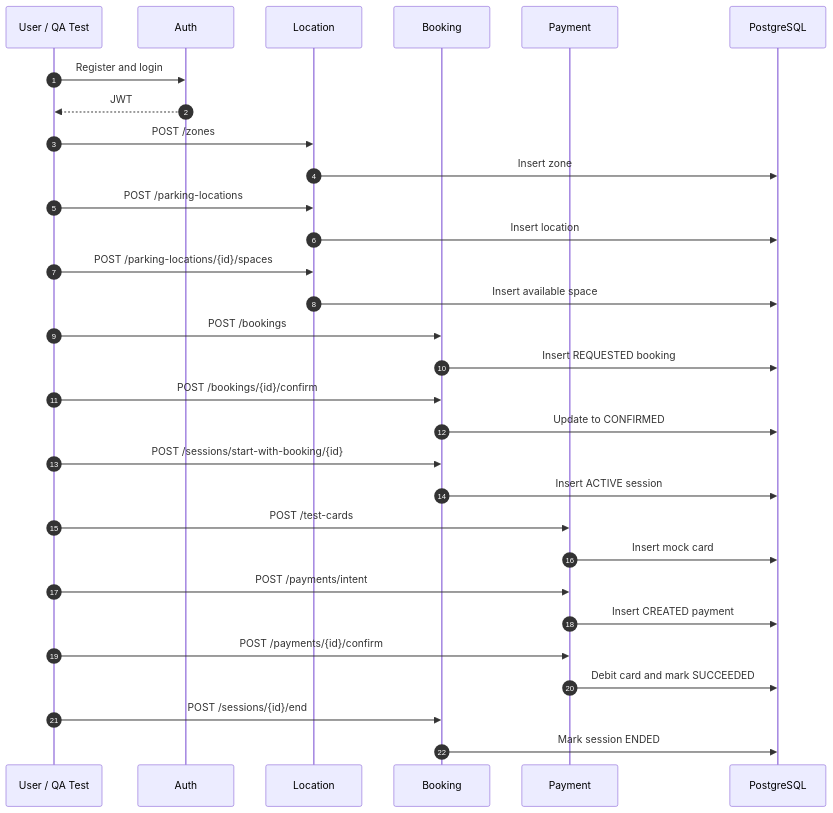
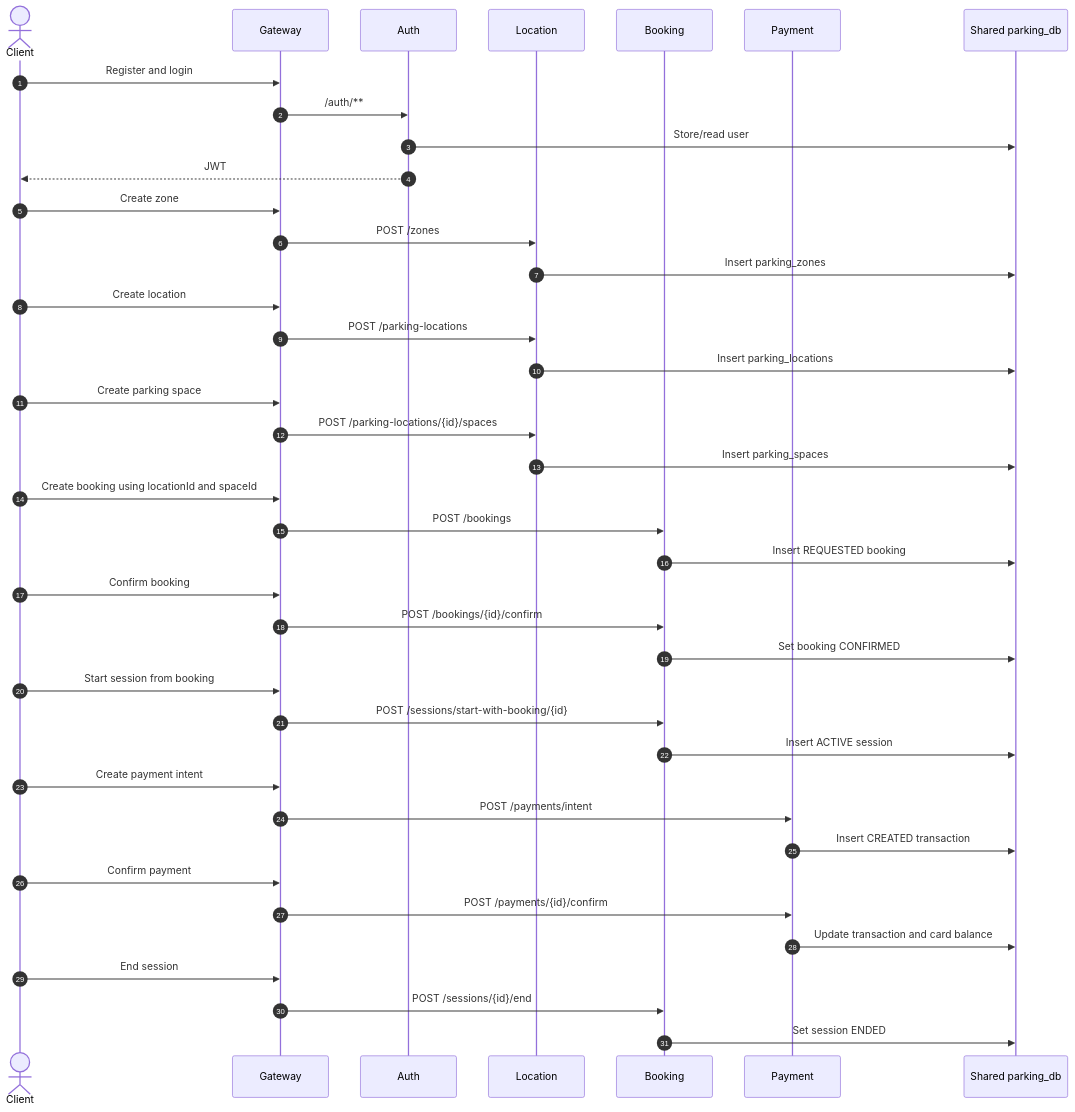
The fifth of 10 diagrams in Parking_Microservices_Architecture.md (sangeethadhatrika510-svg/test-parking-api-testing), drawn with Mermaid before and after one commit. The commit also changed other lines of this file, not shown here.

First line of the commit message:
Update Parking_Microservices_Architecture.md

````diff
--- a/Parking_Microservices_Architecture.md
+++ b/Parking_Microservices_Architecture.md
@@ -109,44 +147,53 @@
 ```mermaid
 sequenceDiagram
     autonumber
 
-    participant QA as User / QA Test
+    actor Client
+    participant Gateway
     participant Auth
     participant Location
     participant Booking
     participant Payment
-    participant DB as PostgreSQL
+    participant DB as Shared parking_db
 
-    QA->>Auth: Register and login
-    Auth-->>QA: JWT
+    Client->>Gateway: Register and login
+    Gateway->>Auth: /auth/**
+    Auth->>DB: Store/read user
+    Auth-->>Client: JWT
 
-    QA->>Location: POST /zones
-    Location->>DB: Insert zone
+    Client->>Gateway: Create zone
+    Gateway->>Location: POST /zones
+    Location->>DB: Insert parking_zones
 
-    QA->>Location: POST /parking-locations
-    Location->>DB: Insert location
+    Client->>Gateway: Create location
+    Gateway->>Location: POST /parking-locations
+    Location->>DB: Insert parking_locations
 
-    QA->>Location: POST /parking-locations/{id}/spaces
-    Location->>DB: Insert available space
+    Client->>Gateway: Create parking space
+    Gateway->>Location: POST /parking-locations/{id}/spaces
+    Location->>DB: Insert parking_spaces
 
-    QA->>Booking: POST /bookings
+    Client->>Gateway: Create booking using locationId and spaceId
+    Gateway->>Booking: POST /bookings
     Booking->>DB: Insert REQUESTED booking
 
-    QA->>Booking: POST /bookings/{id}/confirm
-    Booking->>DB: Update to CONFIRMED
+    Client->>Gateway: Confirm booking
+    Gateway->>Booking: POST /bookings/{id}/confirm
+    Booking->>DB: Set booking CONFIRMED
 
-    QA->>Booking: POST /sessions/start-with-booking/{id}
+    Client->>Gateway: Start session from booking
+    Gateway->>Booking: POST /sessions/start-with-booking/{id}
     Booking->>DB: Insert ACTIVE session
 
-    QA->>Payment: POST /test-cards
-    Payment->>DB: Insert mock card
+    Client->>Gateway: Create payment intent
+    Gateway->>Payment: POST /payments/intent
+    Payment->>DB: Insert CREATED transaction
 
-    QA->>Payment: POST /payments/intent
-    Payment->>DB: Insert CREATED payment
+    Client->>Gateway: Confirm payment
+    Gateway->>Payment: POST /payments/{id}/confirm
+    Payment->>DB: Update transaction and card balance
 
-    QA->>Payment: POST /payments/{id}/confirm
-    Payment->>DB: Debit card and mark SUCCEEDED
-
-    QA->>Booking: POST /sessions/{id}/end
-    Booking->>DB: Mark session ENDED
+    Client->>Gateway: End session
+    Gateway->>Booking: POST /sessions/{id}/end
+    Booking->>DB: Set session ENDED
 ```
````
